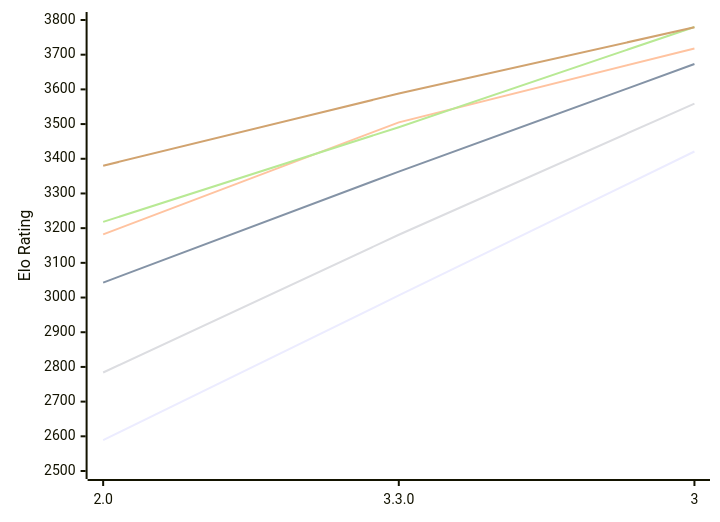
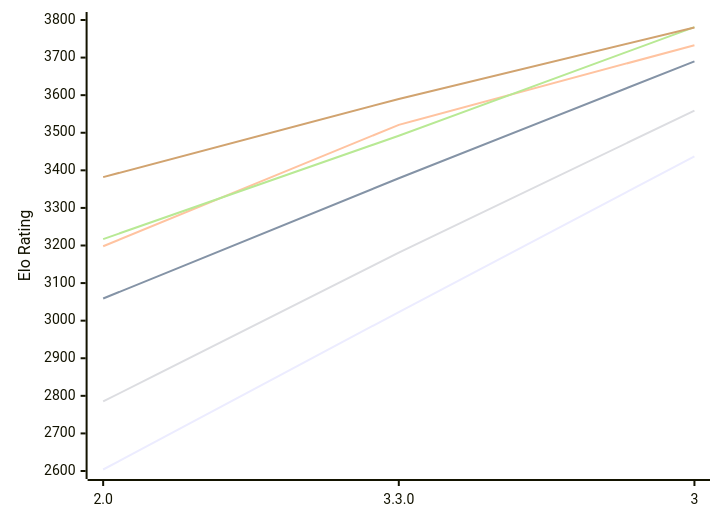
One commit to computer-chess-index/cci changed the diagram in engines/Ravager.md. Above: the diagram before and after it, drawn with Mermaid. The commit also changed other lines of this file, not shown here.

Commit message:
Update CCI Ratings (ELO VLTC) - 2026-11-11

````diff
--- a/engines/Ravager.md
+++ b/engines/Ravager.md
@@ -51,12 +51,12 @@
 ```mermaid
 %%{init: {"theme":"base","themeVariables":{"seriesColors:['#a3a3a3','#222221','#faa371']}}}%%
 xychart-beta
   x-axis ["2.0", "3.3.0", "3"]
-  y-axis "Elo Rating" 2500 --> 3800
-  line "E1: STC (8.0+0.08s)" [2589, 3006, 3421]
-  line "E1: LTC (60.0+0.60s)" [3043, 3363, 3673]
-  line "E1: VLTC (2m24s+1.12s)" [3182, 3505, 3718]
-  line "P1: STC (8.0+0.08s)" [2784, 3181, 3559]
-  line "P1: LTC (60.0+0.60s)" [3218, 3491, 3780]
-  line "P1: VLTC (2m24s+1.12s)" [3380, 3588, 3779]
+  y-axis "Elo Rating" 2600 --> 3800
+  line "E1: STC (8.0+0.08s)" [2604, 3023, 3437]
+  line "E1: LTC (60.0+0.60s)" [3059, 3379, 3690]
+  line "E1: VLTC (2m24s+1.12s)" [3198, 3521, 3733]
+  line "P1: STC (8.0+0.08s)" [2785, 3181, 3559]
+  line "P1: LTC (60.0+0.60s)" [3217, 3492, 3781]
+  line "P1: VLTC (2m24s+1.12s)" [3382, 3590, 3780]
 ```
````
